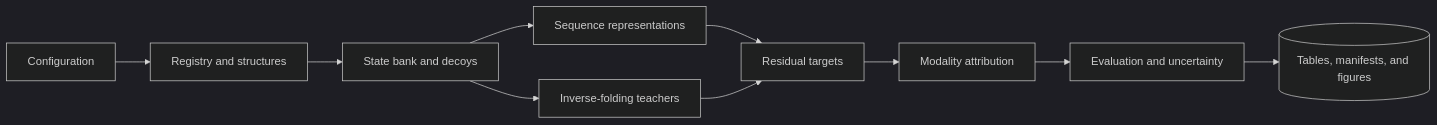
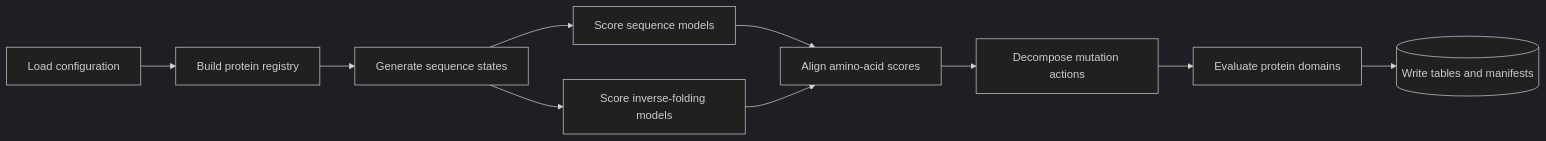
One commit to GeraltZeroZhong/MARGIN changed the diagram in README.md. Above: the diagram before and after it, drawn with Mermaid (dark theme). The commit also changed other lines of this file, not shown here.

````diff
--- a/README.md
+++ b/README.md
@@ -67,15 +203,15 @@
 ```mermaid
 flowchart LR
-    accTitle: MARGIN Analysis Architecture
-    accDescr: MARGIN converts configured protein registries into aligned sequence and structure model scores, residual targets, modality attributions, and protein-level evaluations.
+    accTitle: MARGIN analysis data flow
+    accDescr: Configuration and protein registries feed sequence and inverse-folding scoring, followed by aligned score construction, action decomposition, protein-level evaluation, and artifact writing.
 
-    configuration[Configuration] --> registry[Registry and structures]
-    registry --> state_bank[State bank and decoys]
-    state_bank --> sequence_models[Sequence representations]
-    state_bank --> structure_teachers[Inverse-folding teachers]
-    sequence_models --> residual_targets[Residual targets]
-    structure_teachers --> residual_targets
-    residual_targets --> attribution[Modality attribution]
-    attribution --> evaluation[Evaluation and uncertainty]
-    evaluation --> artifacts[(Tables, manifests, and figures)]
+    load_config[Load configuration] --> build_registry[Build protein registry]
+    build_registry --> generate_states[Generate sequence states]
+    generate_states --> score_sequence[Score sequence models]
+    generate_states --> score_structure[Score inverse-folding models]
+    score_sequence --> align_scores[Align amino-acid scores]
+    score_structure --> align_scores
+    align_scores --> decompose_actions[Decompose mutation actions]
+    decompose_actions --> evaluate_domains[Evaluate protein domains]
+    evaluate_domains --> write_artifacts[(Write tables and manifests)]
 ```
````
